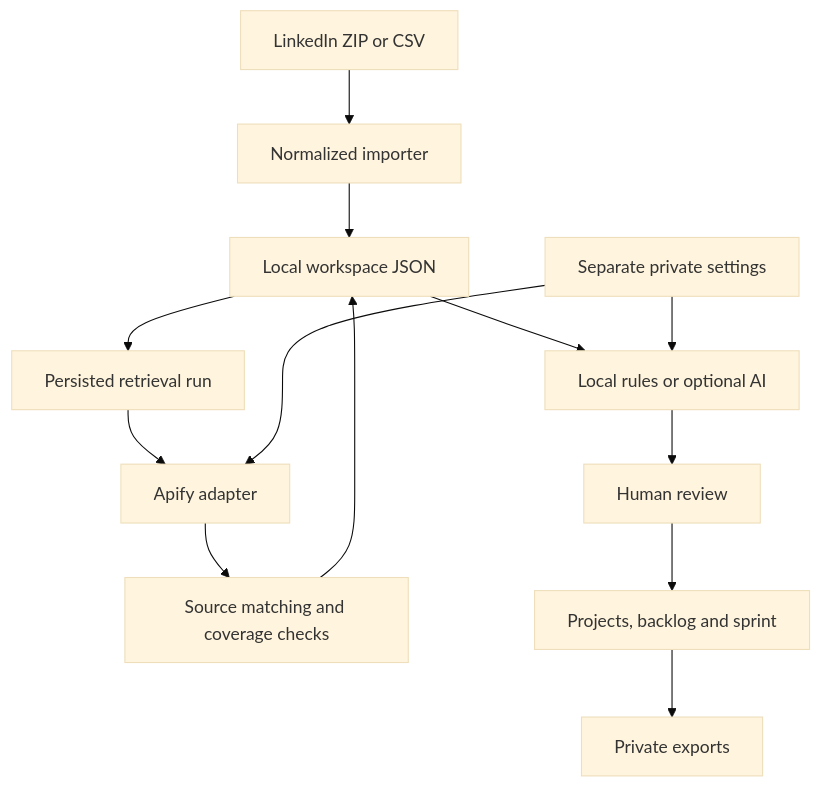
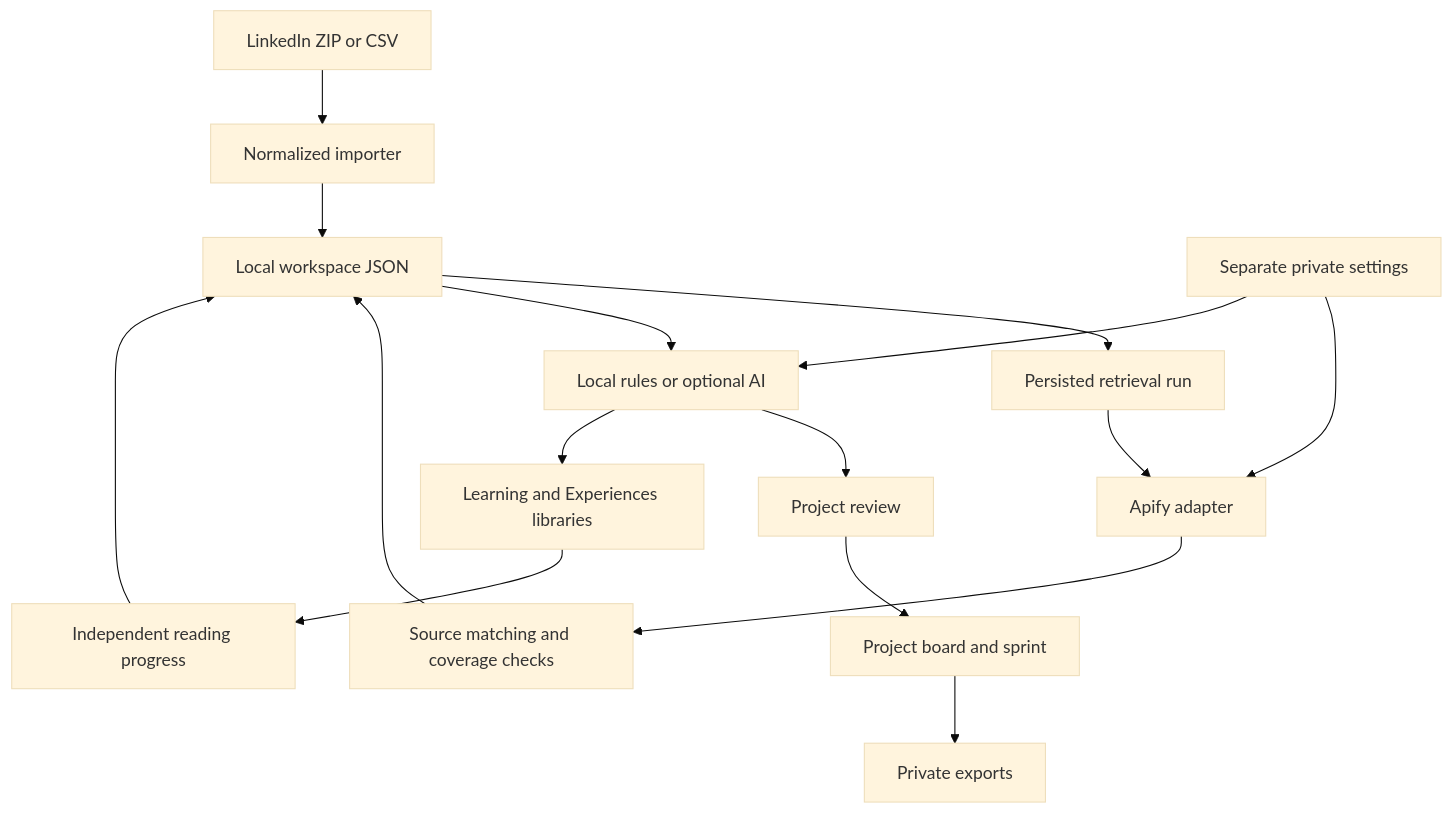
One commit to the-anantkumar/saved-to-shipped changed the diagram in ARCHITECTURE.md. Above: the diagram before and after it, drawn with Mermaid (base theme). The commit also changed other lines of this file and 8 other files, not shown here.

Commit message:
test: verify reading progress and document organizing spaces

````diff
--- a/ARCHITECTURE.md
+++ b/ARCHITECTURE.md
@@ -5,15 +5,18 @@
 ```mermaid
 flowchart TD
     Z[LinkedIn ZIP or CSV] --> I[Normalized importer]
     I --> S[Local workspace JSON]
     S --> R[Persisted retrieval run]
     R --> A[Apify adapter]
     A --> V[Source matching and coverage checks]
     V --> S
     S --> C[Local rules or optional AI]
-    C --> H[Human review]
-    H --> B[Projects, backlog and sprint]
+    C --> H[Project review]
+    H --> B[Project board and sprint]
+    C --> L[Learning and Experiences libraries]
+    L --> P[Independent reading progress]
+    P --> S
     B --> E[Private exports]
     K[Separate private settings] --> A
     K --> C
 ```
````
